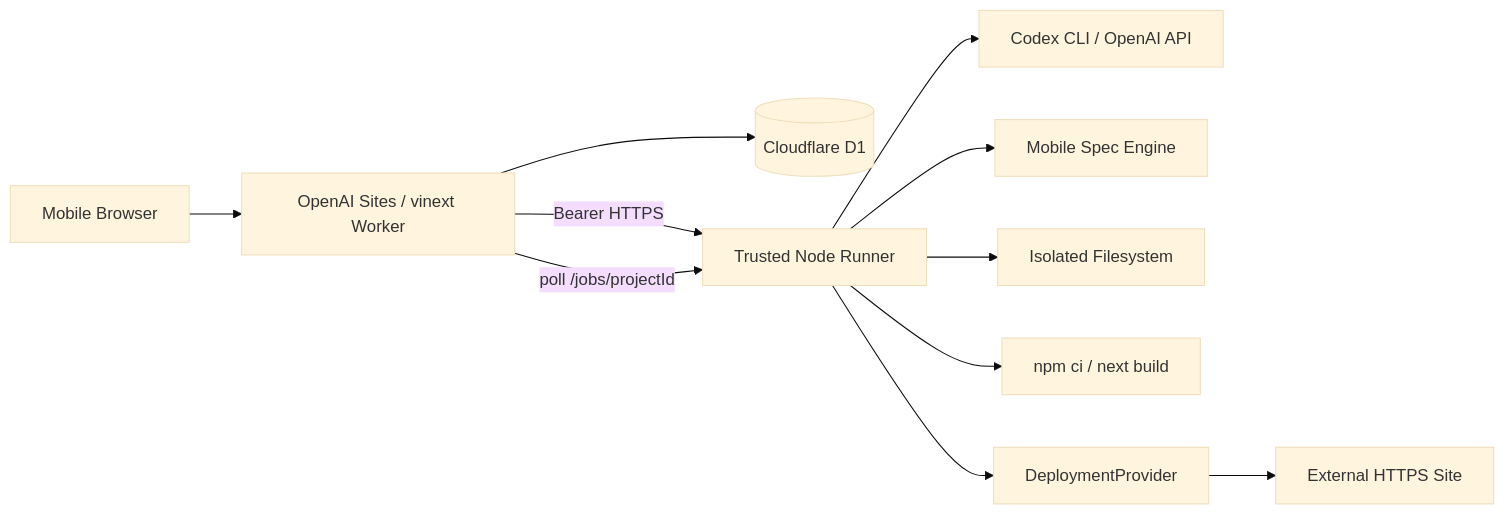
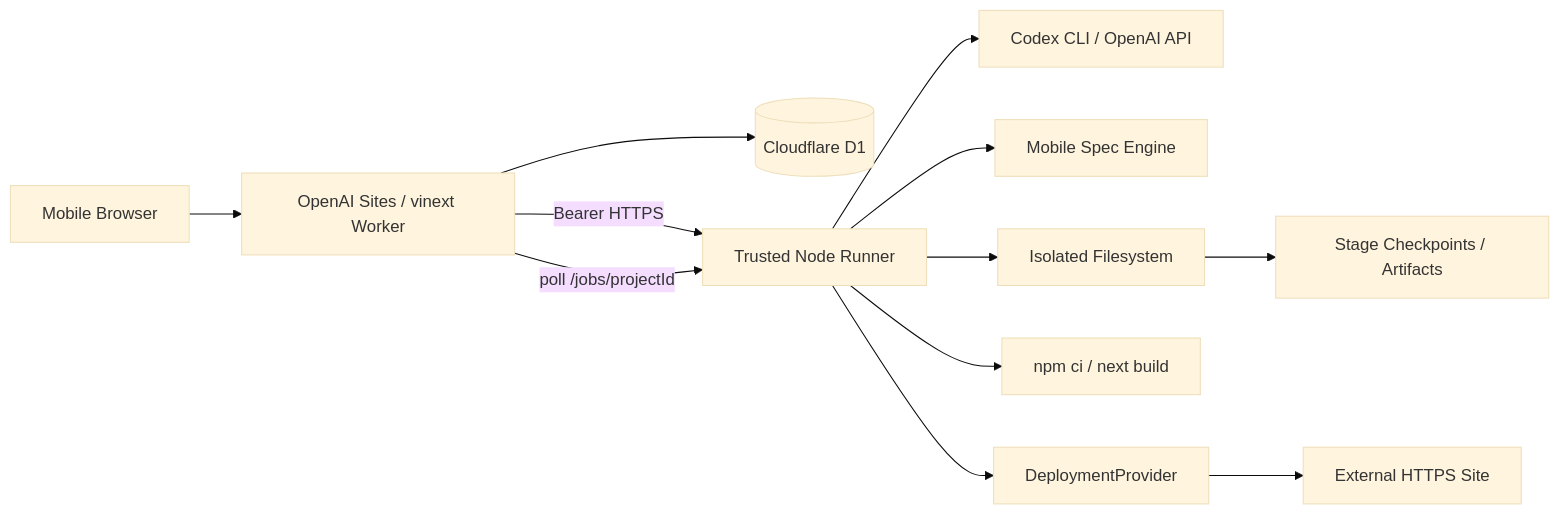
Before and after one commit to JonasQiu/mobile-app-build: the first of 2 diagrams in docs/总体技术方案.md, drawn with Mermaid (base theme). The commit also changed other lines of this file and 24 other files, not shown here.

````diff
--- a/docs/总体技术方案.md
+++ b/docs/总体技术方案.md
@@ -5,13 +5,14 @@
 ```mermaid
 flowchart LR
   U[Mobile Browser] --> S[OpenAI Sites / vinext Worker]
   S --> D[(Cloudflare D1)]
   S -->|Bearer HTTPS| R[Trusted Node Runner]
   R --> C[Codex CLI / OpenAI API]
   R --> M[Mobile Spec Engine]
   R --> F[Isolated Filesystem]
+  F --> K[Stage Checkpoints / Artifacts]
   R --> B[npm ci / next build]
   R --> P[DeploymentProvider]
   P --> H[External HTTPS Site]
   S -->|poll /jobs/projectId| R
 ```
````
